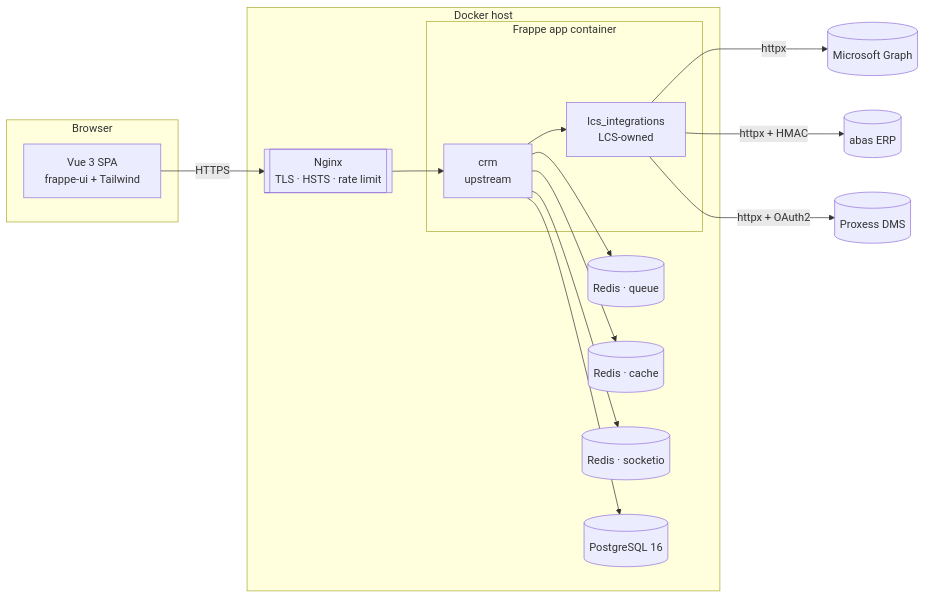
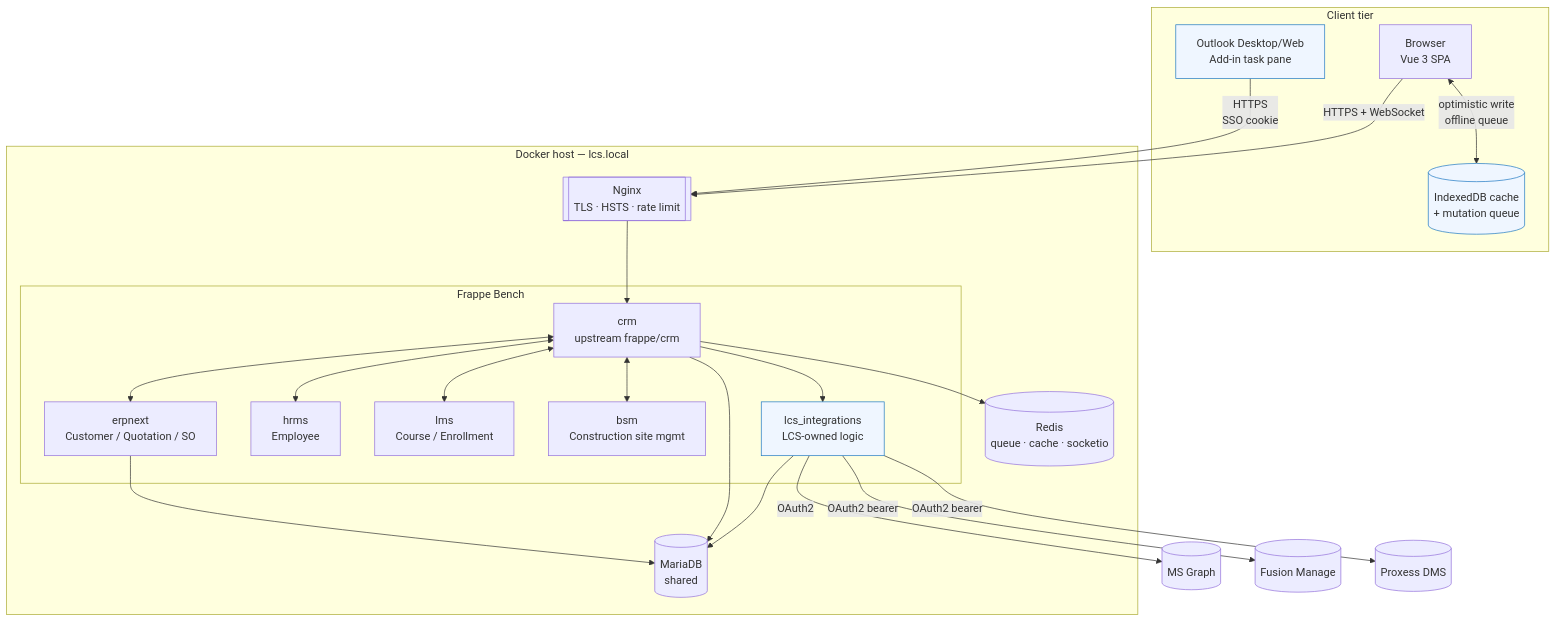
Before and after one commit to dpb97/crm: the second of 5 diagrams in docs/architecture/overview.md, drawn with Mermaid. The commit also changed other lines of this file and 6 other files, not shown here.

First line of the commit message:
docs+ci: architecture diagrams for full stack + structural CI validation

````diff
--- a/docs/architecture/overview.md
+++ b/docs/architecture/overview.md
@@ -30,29 +49,47 @@
 ```mermaid
-flowchart LR
-    subgraph browser[Browser]
-        vue[Vue 3 SPA<br/>frappe-ui + Tailwind]
+flowchart TB
+    subgraph client[Client tier]
+        browser[Browser<br/>Vue 3 SPA]
+        outlookapp[Outlook Desktop/Web<br/>Add-in task pane]
+        pwa[(IndexedDB cache<br/>+ mutation queue)]
     end
 
-    subgraph host[Docker host]
+    subgraph host[Docker host — lcs.local]
         nginx[[Nginx<br/>TLS · HSTS · rate limit]]
-        subgraph app[Frappe app container]
-            crm[crm<br/>upstream]
-            lcs[lcs_integrations<br/>LCS-owned]
+
+        subgraph bench[Frappe Bench]
+            crm_app[crm<br/>upstream frappe/crm]
+            erp[erpnext<br/>Customer / Quotation / SO]
+            hrms[hrms<br/>Employee]
+            lms[lms<br/>Course / Enrollment]
+            bsm[bsm<br/>Construction site mgmt]
+            lcs[lcs_integrations<br/>LCS-owned logic]
         end
-        queue[(Redis · queue)]
-        cache[(Redis · cache)]
-        socketio[(Redis · socketio)]
-        pg[(PostgreSQL 16)]
+
+        redis[(Redis<br/>queue · cache · socketio)]
+        mariadb[(MariaDB<br/>shared)]
     end
 
-    vue -->|HTTPS| nginx
-    nginx --> crm
-    crm --> lcs
-    crm --> pg
-    crm --> queue
-    crm --> cache
-    crm --> socketio
-    lcs -->|httpx| outlook[(Microsoft Graph)]
-    lcs -->|httpx + HMAC| abas[(abas ERP)]
-    lcs -->|httpx + OAuth2| proxess[(Proxess DMS)]
+    browser -->|HTTPS + WebSocket| nginx
+    outlookapp -->|HTTPS<br/>SSO cookie| nginx
+    browser <-->|optimistic write<br/>offline queue| pwa
+
+    nginx --> crm_app
+    crm_app <--> erp
+    crm_app <--> hrms
+    crm_app <--> lms
+    crm_app <--> bsm
+    crm_app --> lcs
+
+    lcs --> mariadb
+    crm_app --> mariadb
+    erp --> mariadb
+    crm_app --> redis
+
+    lcs -->|OAuth2| outlook_ext[(MS Graph)]
+    lcs -->|OAuth2 bearer| fusion[(Fusion Manage)]
+    lcs -->|OAuth2 bearer| proxess[(Proxess DMS)]
+
+    classDef ours fill:#eff6ff,stroke:#1E78C2;
+    class lcs,outlookapp,pwa ours;
 ```
````
